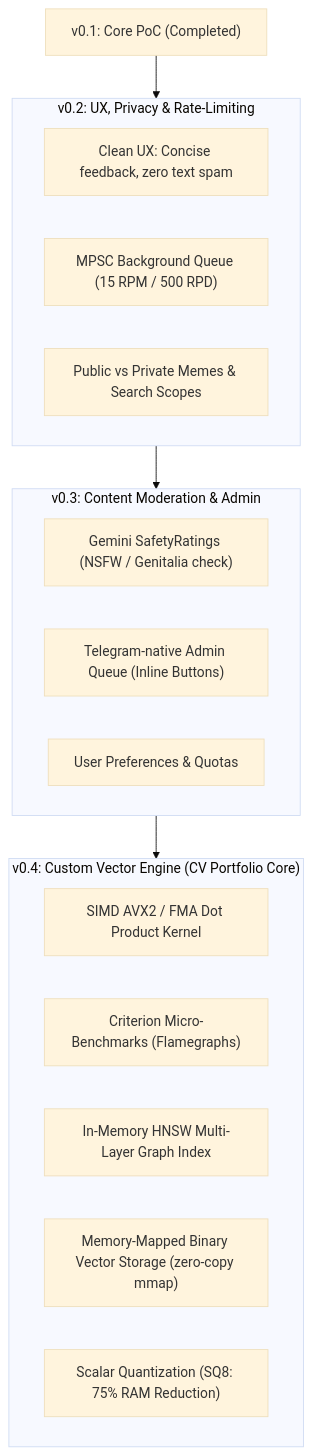
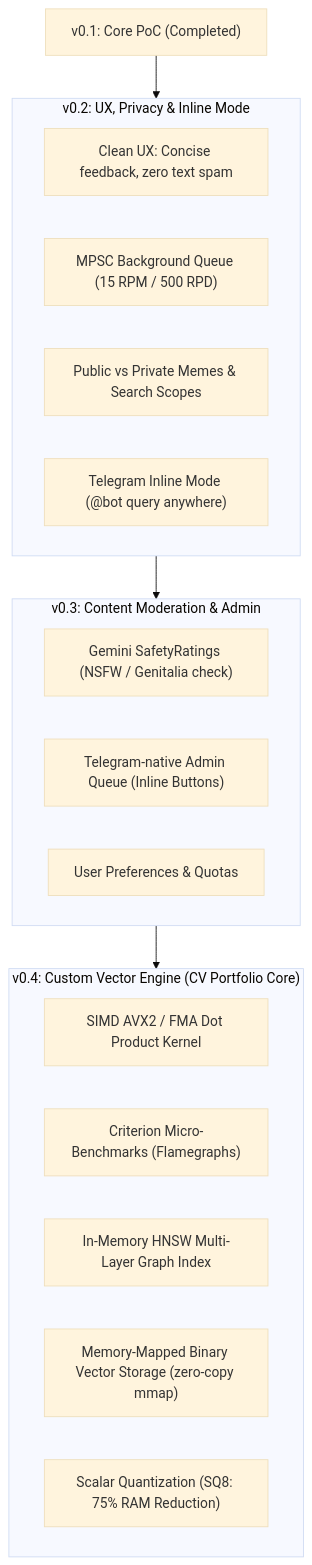
Before and after one commit to MykhailoRospopchuk/MnemosyneM: the first of 2 diagrams in ROADMAP.md, drawn with Mermaid (base theme). The commit also changed other lines of this file and 9 other files, not shown here.

````diff
--- a/ROADMAP.md
+++ b/ROADMAP.md
@@ -10,26 +10,27 @@
 ```mermaid
 flowchart TD
-    M1["v0.1: Core PoC (Completed)"] --> M2["v0.2: UX, Rate-Limiting & Multi-Tenancy"]
+    M1["v0.1: Core PoC (Completed)"] --> M2["v0.2: UX, Rate-Limiting & Inline Mode"]
     M2 --> M3["v0.3: Content Moderation & Telegram Admin Panel"]
     M3 --> M4["v0.4: Custom Vector Engine from Scratch (HNSW + SIMD + mmap)"]
 
-    subgraph M2 ["v0.2: UX, Privacy & Rate-Limiting"]
+    subgraph M2 ["v0.2: UX, Privacy & Inline Mode"]
         UX["Clean UX: Concise feedback, zero text spam"]
         Queue["MPSC Background Queue (15 RPM / 500 RPD)"]
         Privacy["Public vs Private Memes & Search Scopes"]
+        Inline["Telegram Inline Mode (@bot query anywhere)"]
     end
 
     subgraph M3 ["v0.3: Content Moderation & Admin"]
         GeminiSafety["Gemini SafetyRatings (NSFW / Genitalia check)"]
         AdminTG["Telegram-native Admin Queue (Inline Buttons)"]
         UserMgmt["User Preferences & Quotas"]
     end
 
     subgraph M4 ["v0.4: Custom Vector Engine (CV Portfolio Core)"]
         SIMD["SIMD AVX2 / FMA Dot Product Kernel"]
         Criterion["Criterion Micro-Benchmarks (Flamegraphs)"]
         HNSW["In-Memory HNSW Multi-Layer Graph Index"]
         Mmap["Memory-Mapped Binary Vector Storage (zero-copy mmap)"]
         SQ8["Scalar Quantization (SQ8: 75% RAM Reduction)"]
     end
 ```
````
